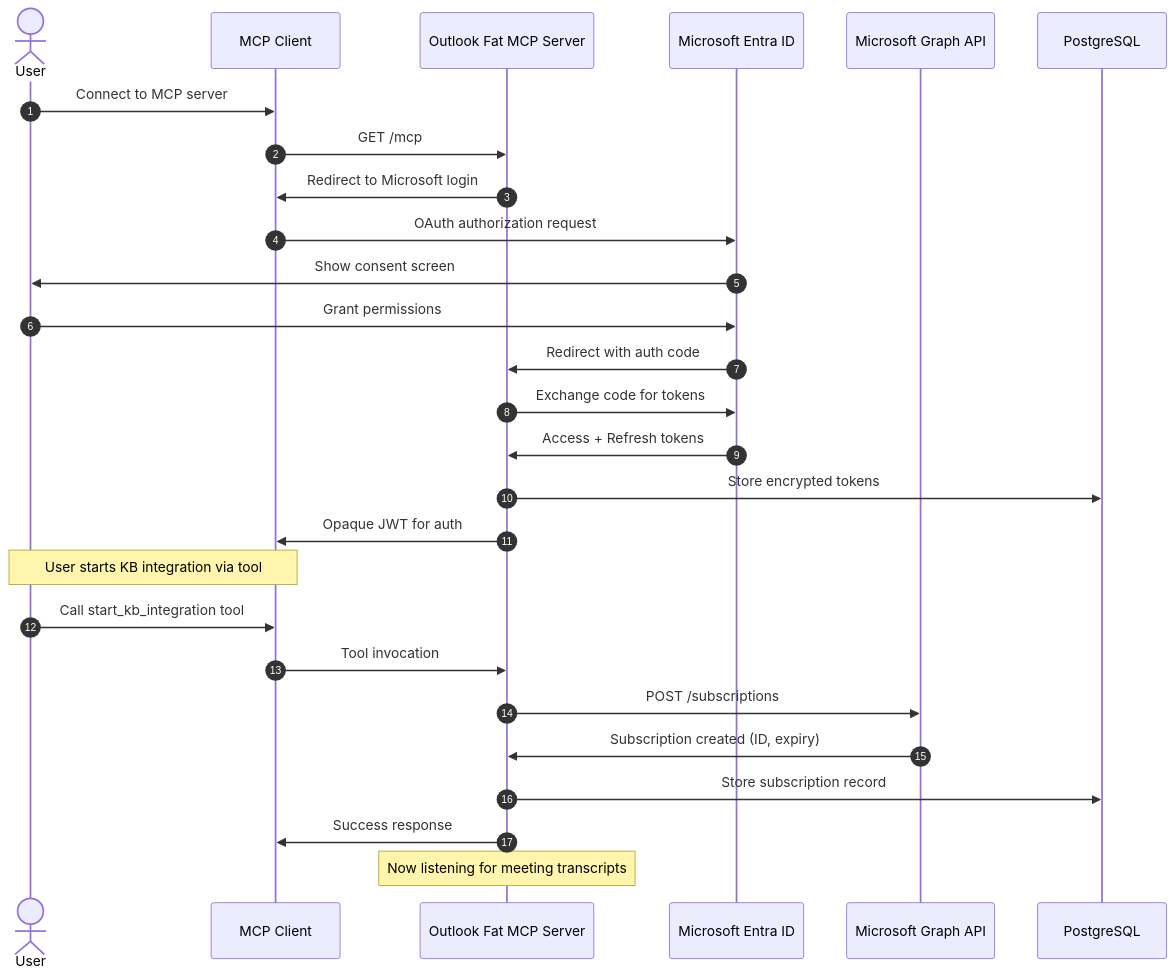
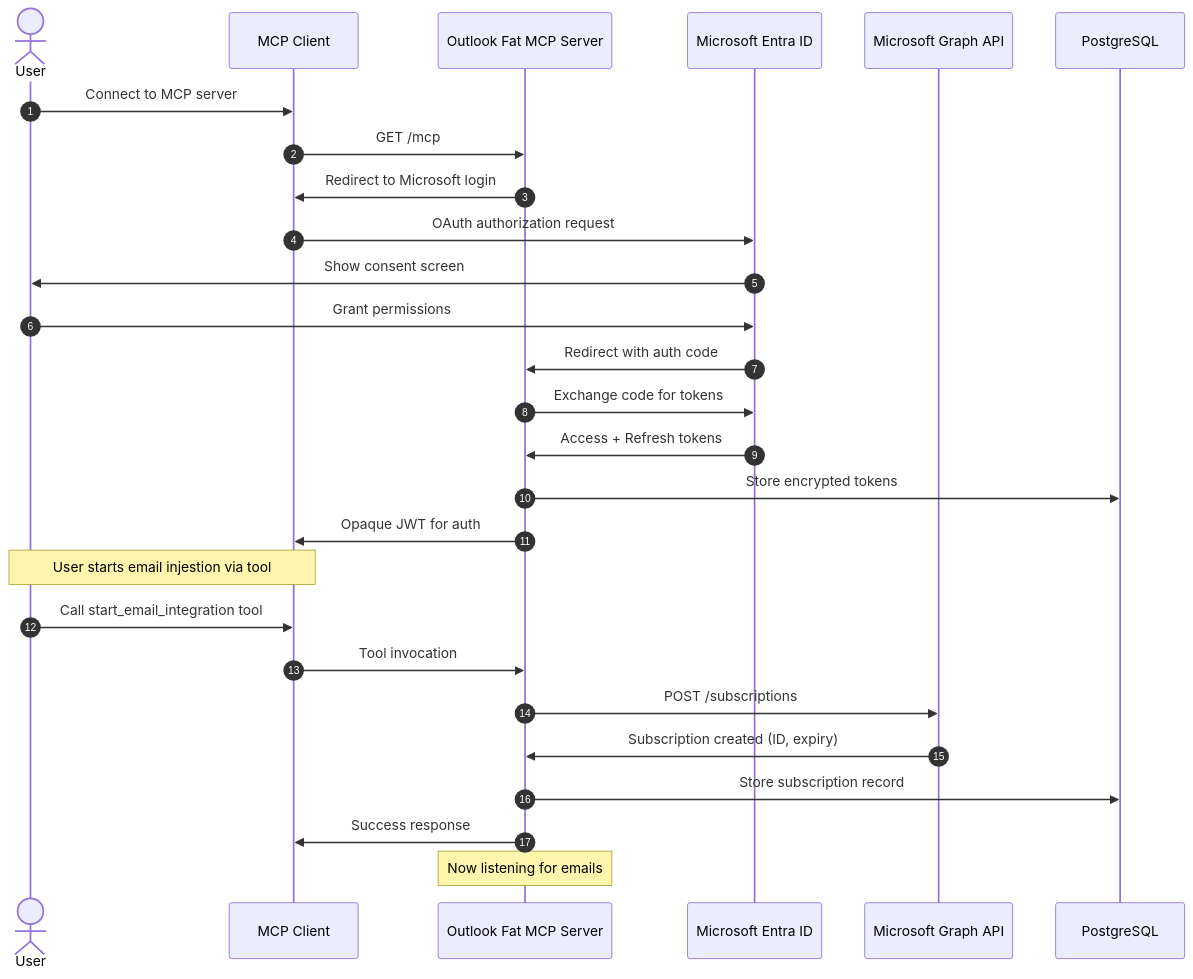
Before and after one commit to Unique-AG/connectors: the second of 3 diagrams in services/outlook-fat-mcp/docs/README.md, drawn with Mermaid. The commit also changed other lines of this file and 11 other files, not shown here.

````diff
--- a/services/outlook-fat-mcp/docs/README.md
+++ b/services/outlook-fat-mcp/docs/README.md
@@ -161,32 +156,32 @@
 ```mermaid
 sequenceDiagram
     autonumber
     actor User
     participant MCPClient as MCP Client
     participant OutlookFatMCP as Outlook Fat MCP Server
     participant EntraID as Microsoft Entra ID
     participant MSGraph as Microsoft Graph API
     participant DB as PostgreSQL
 
     User->>MCPClient: Connect to MCP server
     MCPClient->>OutlookFatMCP: GET /mcp
     OutlookFatMCP->>MCPClient: Redirect to Microsoft login
     MCPClient->>EntraID: OAuth authorization request
     EntraID->>User: Show consent screen
     User->>EntraID: Grant permissions
     EntraID->>OutlookFatMCP: Redirect with auth code
     OutlookFatMCP->>EntraID: Exchange code for tokens
     EntraID->>OutlookFatMCP: Access + Refresh tokens
     OutlookFatMCP->>DB: Store encrypted tokens
     OutlookFatMCP->>MCPClient: Opaque JWT for auth
 
-    Note over User,MCPClient: User starts KB integration via tool
-    User->>MCPClient: Call start_kb_integration tool
+    Note over User,MCPClient: User starts email injestion via tool
+    User->>MCPClient: Call start_email_integration tool
     MCPClient->>OutlookFatMCP: Tool invocation
     OutlookFatMCP->>MSGraph: POST /subscriptions
     MSGraph->>OutlookFatMCP: Subscription created (ID, expiry)
     OutlookFatMCP->>DB: Store subscription record
     OutlookFatMCP->>MCPClient: Success response
 
-    Note over OutlookFatMCP: Now listening for meeting transcripts
+    Note over OutlookFatMCP: Now listening for emails
 ```
````
